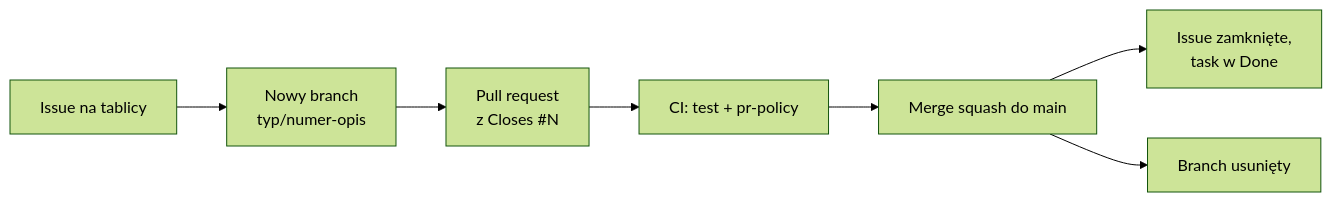
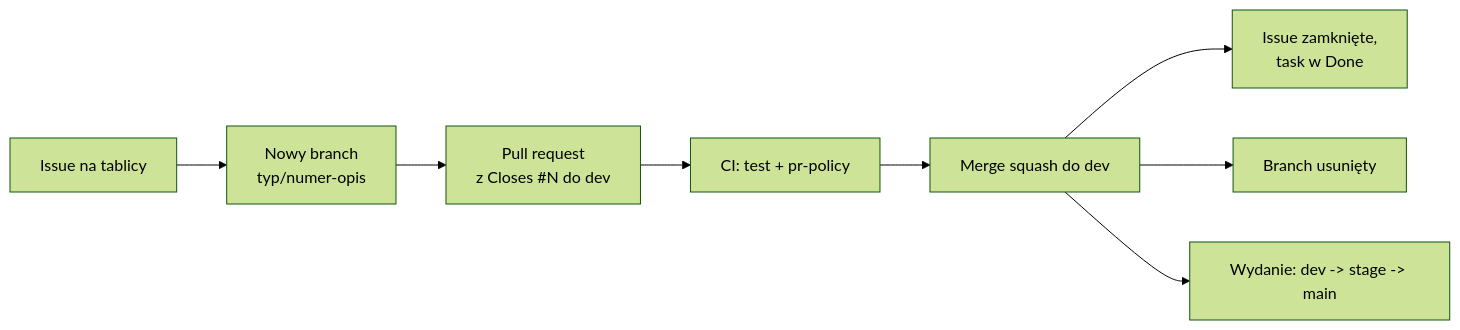
One commit to poewer/worthmytime-backend changed the diagram in README.md. Above: the diagram before and after it, drawn with Mermaid (forest theme). The commit also changed other lines of this file, not shown here.

Commit message:
docs: przepływ dev -> stage -> main w README

````diff
--- a/README.md
+++ b/README.md
@@ -9,9 +9,10 @@
 ```mermaid
 flowchart LR
     A[Issue na tablicy] --> B[Nowy branch<br/>typ/numer-opis]
-    B --> C[Pull request<br/>z Closes #N]
+    B --> C[Pull request<br/>z Closes #N do dev]
     C --> D[CI: test + pr-policy]
-    D --> E[Merge squash do main]
+    D --> E[Merge squash do dev]
     E --> F[Issue zamknięte,<br/>task w Done]
     E --> G[Branch usunięty]
+    E --> H[Wydanie: dev -> stage -> main]
 ```
````
